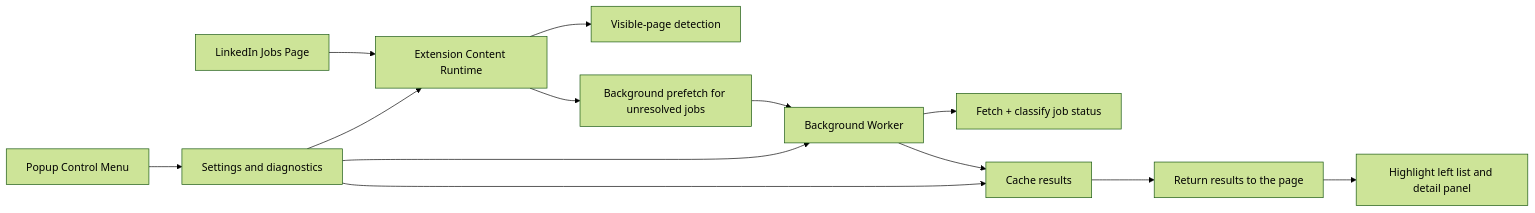
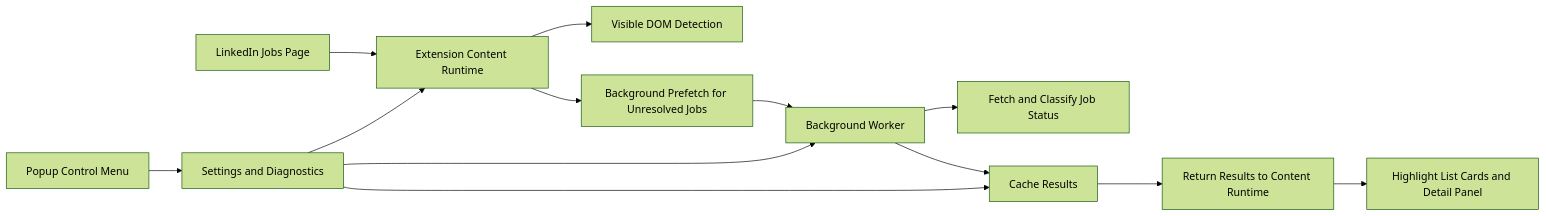
The diagram in src/content/blog/042326_LinkdeIn_Repost_Marker.md (pinkpig777/pinkpig777.github.io), drawn with Mermaid (forest theme) before and after one commit. The commit also changed other lines of this file and 4 other files, not shown here.

Commit message:
Improve blog metadata and mermaid rendering

````diff
--- a/src/content/blog/042326_LinkdeIn_Repost_Marker.md
+++ b/src/content/blog/042326_LinkdeIn_Repost_Marker.md
@@ -59,18 +82,18 @@
 ```mermaid
 flowchart LR
   A["LinkedIn Jobs Page"] --> B["Extension Content Runtime"]
-  B --> C["Visible-page detection"]
-  B --> D["Background prefetch for unresolved jobs"]
+  B --> C["Visible DOM Detection"]
+  B --> D["Background Prefetch for Unresolved Jobs"]
 
   D --> E["Background Worker"]
-  E --> F["Fetch + classify job status"]
-  E --> G["Cache results"]
+  E --> F["Fetch and Classify Job Status"]
+  E --> G["Cache Results"]
 
-  G --> H["Return results to the page"]
-  H --> I["Highlight left list and detail panel"]
+  G --> H["Return Results to Content Runtime"]
+  H --> I["Highlight List Cards and Detail Panel"]
 
-  J["Popup Control Menu"] --> K["Settings and diagnostics"]
+  J["Popup Control Menu"] --> K["Settings and Diagnostics"]
   K --> B
   K --> E
   K --> G
 ```
````
